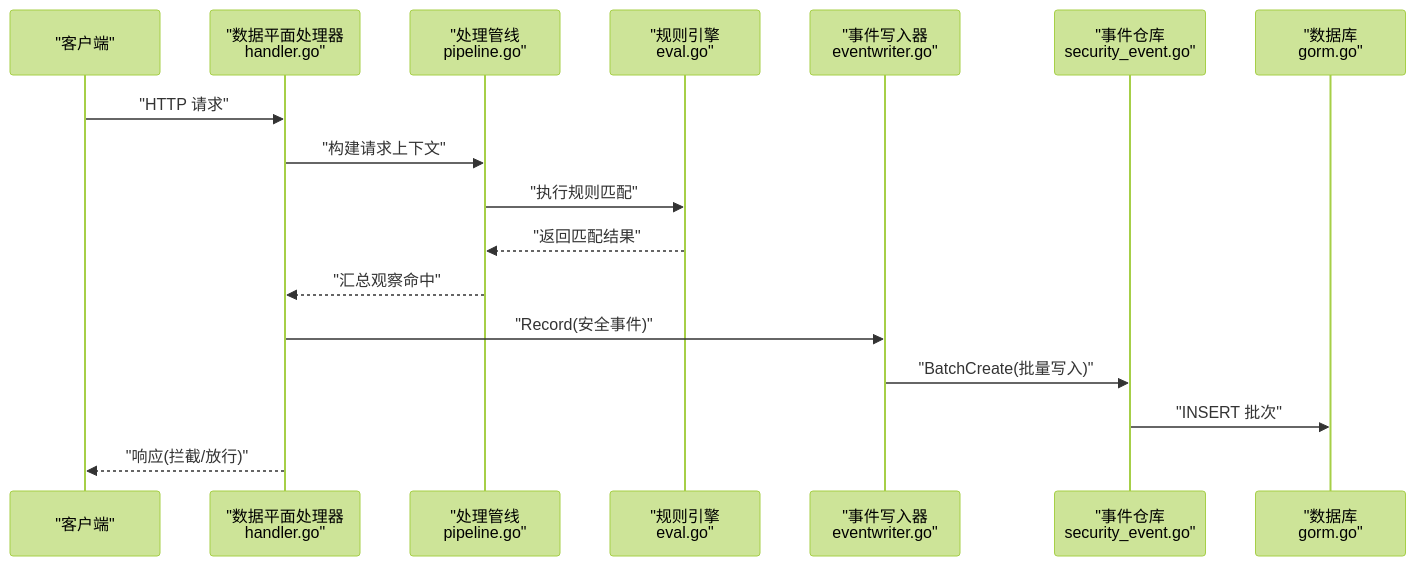
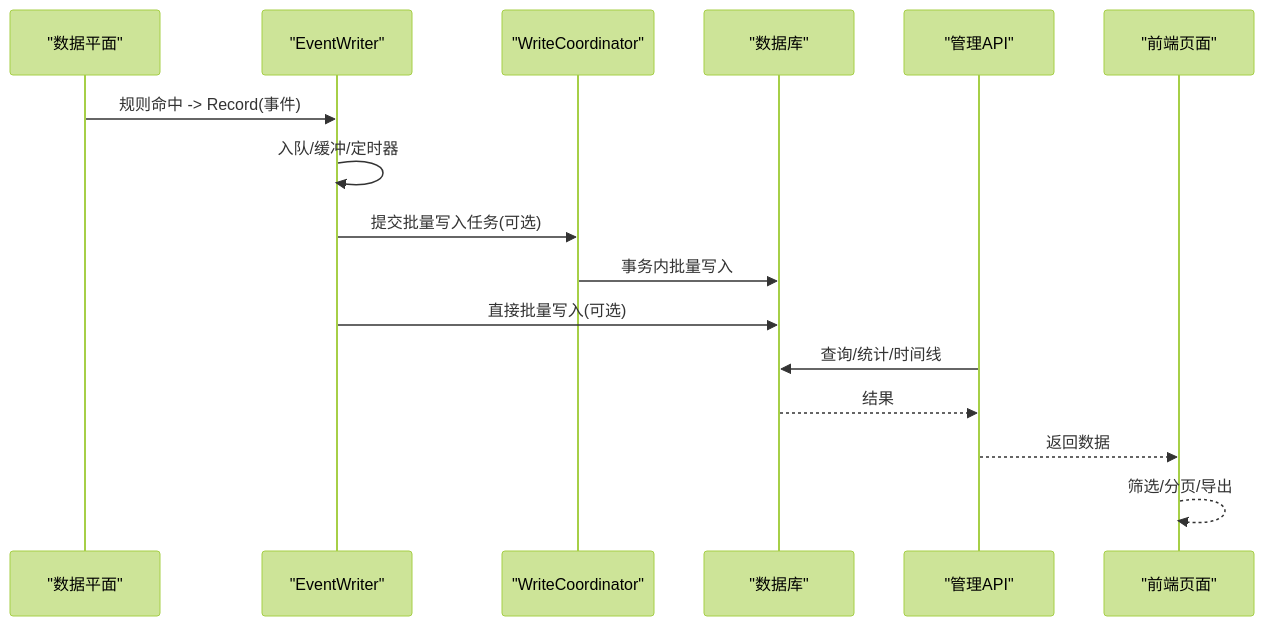
One commit to x01n/My-OpenWaf changed the second of 10 diagrams in docs/监控与可观测性/安全事件记录.md. Above: the diagram before and after it, drawn with Mermaid (forest theme). The commit also changed other lines of this file and 199 other files, not shown here.

````diff
--- a/docs/监控与可观测性/安全事件记录.md
+++ b/docs/监控与可观测性/安全事件记录.md
@@ -115,19 +101,18 @@
 ```mermaid
 sequenceDiagram
-participant Client as "客户端"
-participant DP as "数据平面处理器<br/>handler.go"
-participant Pipe as "处理管线<br/>pipeline.go"
-participant Eng as "规则引擎<br/>eval.go"
-participant EW as "事件写入器<br/>eventwriter.go"
-participant Repo as "事件仓库<br/>security_event.go"
-participant DB as "数据库<br/>gorm.go"
-Client->>DP : "HTTP 请求"
-DP->>Pipe : "构建请求上下文"
-Pipe->>Eng : "执行规则匹配"
-Eng-->>Pipe : "返回匹配结果"
-Pipe-->>DP : "汇总观察命中"
-DP->>EW : "Record(安全事件)"
-EW->>Repo : "BatchCreate(批量写入)"
-Repo->>DB : "INSERT 批次"
-DP-->>Client : "响应(拦截/放行)"
+participant DP as "数据平面"
+participant EW as "EventWriter"
+participant WC as "WriteCoordinator"
+participant DB as "数据库"
+participant API as "管理API"
+participant FE as "前端页面"
+DP->>EW : 规则命中 -> Record(事件)
+EW->>EW : 入队/缓冲/定时器
+EW->>WC : 提交批量写入任务(可选)
+WC->>DB : 事务内批量写入
+EW->>DB : 直接批量写入(可选)
+API->>DB : 查询/统计/时间线
+DB-->>API : 结果
+API-->>FE : 返回数据
+FE-->>FE : 筛选/分页/导出
 ```
````
